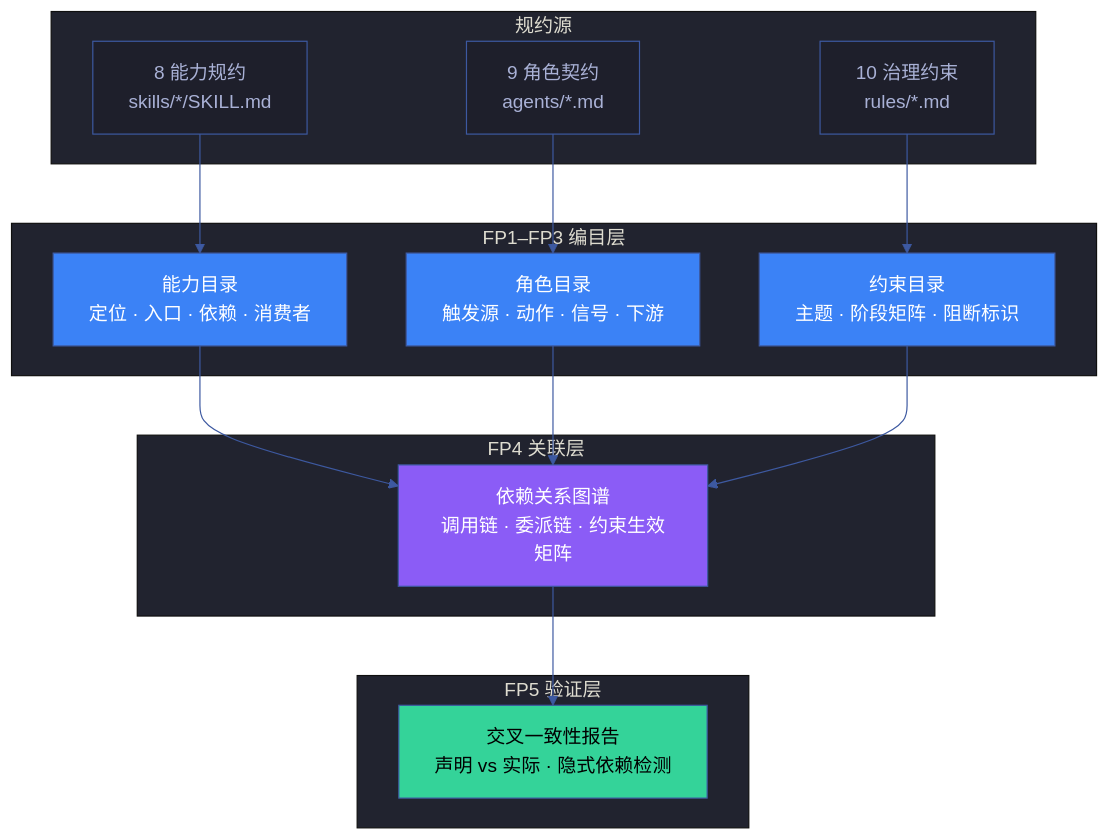
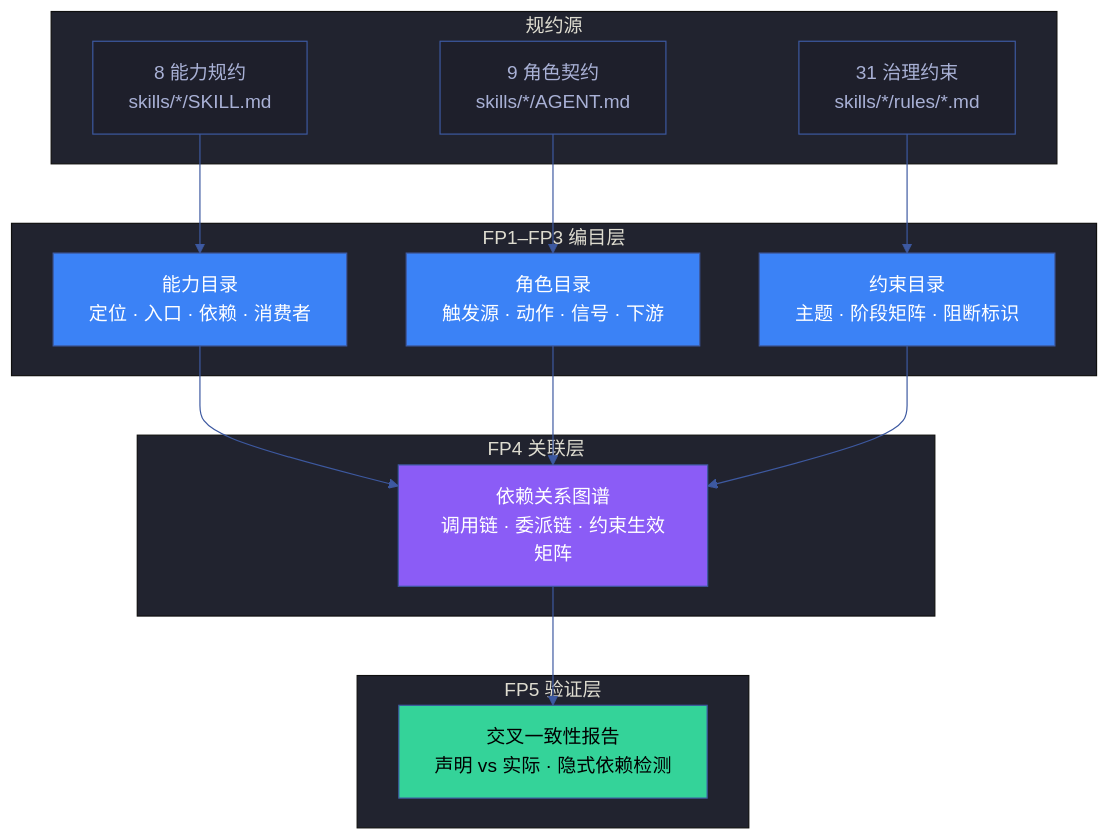
Before and after one commit to effiy/YrY: the second of 7 diagrams in cdn/yry-arch/scenes/故事任务.md, drawn with Mermaid. The commit also changed other lines of this file and 1028 other files, not shown here.

````diff
--- a/cdn/yry-arch/scenes/故事任务.md
+++ b/cdn/yry-arch/scenes/故事任务.md
@@ -89,43 +90,43 @@
 ```mermaid
 %%{init: {'theme': 'base', 'themeVariables': {
   'primaryColor': '#1e1f2b',
   'primaryTextColor': '#a9b1d6',
   'primaryBorderColor': '#3d59a1',
   'lineColor': '#3d59a1',
   'secondaryColor': '#2b2d3b',
   'tertiaryColor': '#21232f'
 }}}%%
 flowchart TD
     subgraph 输入["规约源"]
         SKILL["8 能力规约<br/>skills/*/SKILL.md"]:::src
-        AGENT["9 角色契约<br/>agents/*.md"]:::src
-        RULE["10 治理约束<br/>rules/*.md"]:::src
+        AGENT["9 角色契约<br/>skills/*/AGENT.md"]:::src
+        RULE["31 治理约束<br/>skills/*/rules/*.md"]:::src
     end
 
     subgraph 编目["FP1–FP3 编目层"]
         FP1["能力目录<br/>定位 · 入口 · 依赖 · 消费者"]:::cat
         FP2["角色目录<br/>触发源 · 动作 · 信号 · 下游"]:::cat
         FP3["约束目录<br/>主题 · 阶段矩阵 · 阻断标识"]:::cat
     end
 
     subgraph 关联["FP4 关联层"]
         FP4["依赖关系图谱<br/>调用链 · 委派链 · 约束生效矩阵"]:::rel
     end
 
     subgraph 验证["FP5 验证层"]
         FP5["交叉一致性报告<br/>声明 vs 实际 · 隐式依赖检测"]:::verify
     end
 
     SKILL --> FP1
     AGENT --> FP2
     RULE --> FP3
     FP1 --> FP4
     FP2 --> FP4
     FP3 --> FP4
     FP4 --> FP5
 
     classDef src fill:#1e1f2b,stroke:#3d59a1,color:#a9b1d6
     classDef cat fill:#3B82F6,color:#fff
     classDef rel fill:#8B5CF6,color:#fff
     classDef verify fill:#34d399,color:#000
 ```
````
